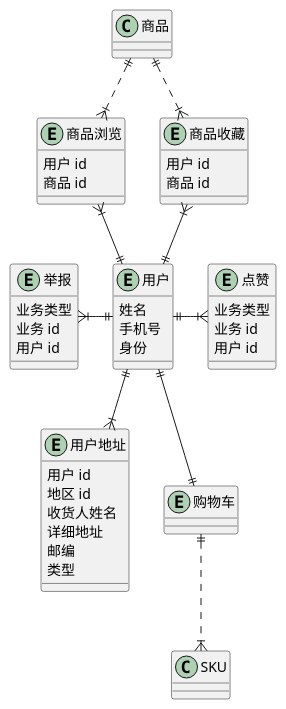
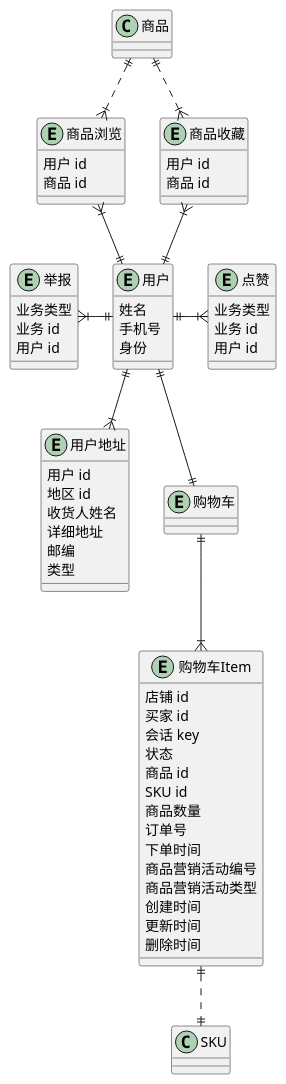
Before and after one commit to awesomecat2020/mock-mall: the diagram in 会员.wsd, drawn with PlantUML.

Commit message:
购物车

```diff
--- a/会员.wsd
+++ b/会员.wsd
@@ -1,57 +1,78 @@
 @startuml 会员UML
 
 entity 用户 {
     姓名
     手机号
     ' 买家/卖家
     身份
 }
 entity 商品浏览 {
     ' 保存一个月（另定）
     用户 id
     商品 id
 }
 entity 商品收藏 {
     用户 id
     商品 id
 }
 entity 点赞 {
     ' biz_type 评价/回复
     业务类型
     ' biz_id
     业务 id
     用户 id
 }
 entity 举报 {
     ' biz_type
     业务类型
     ' biz_id
     业务 id
     用户 id
 }
 entity 用户地址 {
     用户 id
     地区 id
     收货人姓名
     详细地址
     邮编
     ' 买家地址/卖家地址
     类型
 }
 entity 购物车 {
 
 }
+entity 购物车Item {
+    店铺 id
+    买家 id
+    会话 key
+    ' 1-正常
+    ' 2-主动删除
+    ' 3-下单删除
+    状态
+    商品 id
+    SKU id
+    商品数量
+    ' 下单后填写，状态更改为下单删除
+    订单号
+    下单时间
+    商品营销活动编号
+    商品营销活动类型
+    创建时间
+    更新时间
+    删除时间
+}
 
 商品 ||..|{ 商品浏览
 商品浏览 }|--|| 用户
 商品 ||..|{ 商品收藏
 商品收藏 }|--|| 用户
 
 点赞 }|-l-|| 用户
 举报 }|-|| 用户
 
 用户 ||--|{ 用户地址
 用户 ||--|| 购物车
-购物车 ||..|{ SKU
+购物车 ||--|{ 购物车Item
+购物车Item ||..|| SKU
 
 @enduml
```
